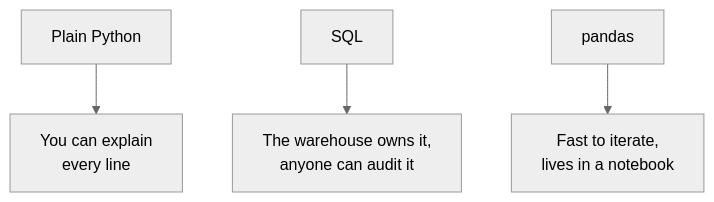
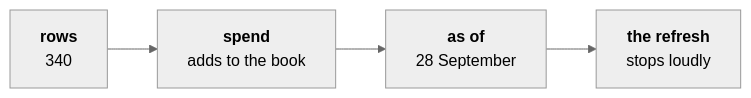
One commit to fde-academy-lab/c2-content-factory changed the sixth of 6 diagrams in content/W02/D4/slides/C2_W02_D04_half2_STUDENT.md. Above: the diagram before and after it, drawn with Mermaid (neutral theme). The commit also changed other lines of this file and 3 other files, not shown here.

````diff
--- a/content/W02/D4/slides/C2_W02_D04_half2_STUDENT.md
+++ b/content/W02/D4/slides/C2_W02_D04_half2_STUDENT.md
@@ -98,6 +400,4 @@
 ```mermaid
-flowchart TD
-    A["Plain Python"] --> B["You can explain<br/>every line"]
-    C["SQL"] --> D["The warehouse owns it,<br/>anyone can audit it"]
-    E["pandas"] --> F["Fast to iterate,<br/>lives in a notebook"]
+flowchart LR
+    A["<b>rows</b><br/>340"] --> B["<b>spend</b><br/>adds to the book"] --> C["<b>as of</b><br/>28 September"] --> D["<b>the refresh</b><br/>stops loudly"]
 ```
````
